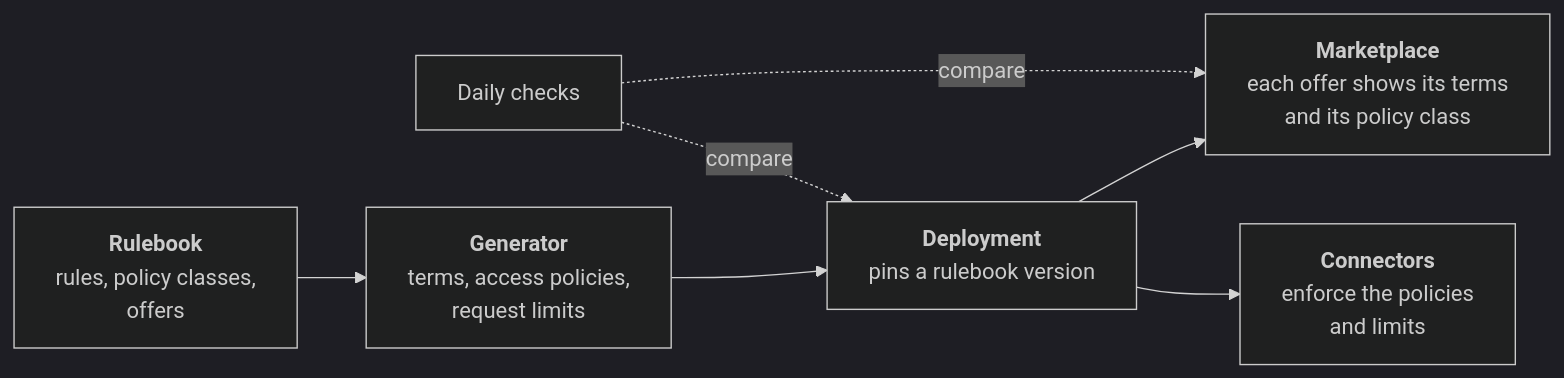
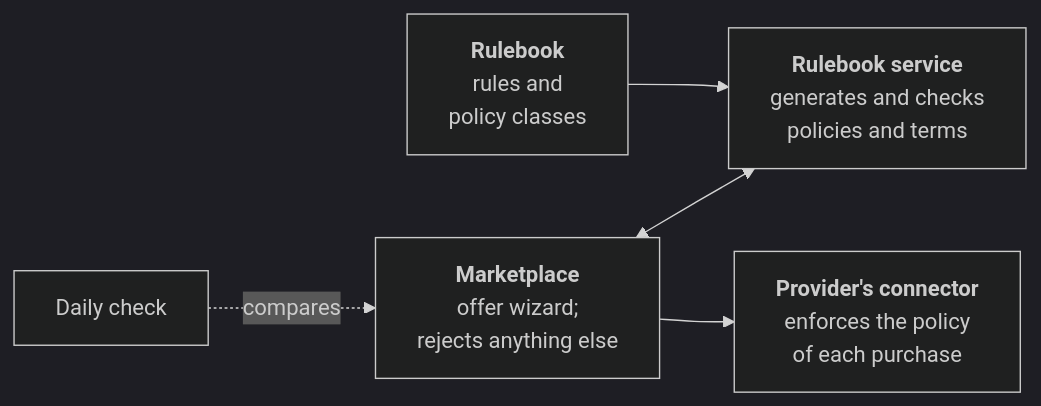
Before and after one commit to CitComAI-Hub/CitComAI-Hub.github.io: the diagram in docs/data_spaces/rulebook.md, drawn with Mermaid (dark theme). The commit also changed other lines of this file and 4 other files, not shown here.

First line of the commit message:
docs: publish offers from the marketplace with the offer wizard

````diff
--- a/docs/data_spaces/rulebook.md
+++ b/docs/data_spaces/rulebook.md
@@ -39,13 +39,11 @@
 ```mermaid
 flowchart LR
-    RB["<b>Rulebook</b><br/>rules, policy classes,<br/>offers"]
-    GEN["<b>Generator</b><br/>terms, access policies,<br/>request limits"]
-    DEP["<b>Deployment</b><br/>pins a rulebook version"]
-    MK["<b>Marketplace</b><br/>each offer shows its terms<br/>and its policy class"]
-    CON["<b>Connectors</b><br/>enforce the policies<br/>and limits"]
-    RB --> GEN --> DEP
-    DEP --> MK
-    DEP --> CON
-    CHK["Daily checks"] -. compare .-> DEP
-    CHK -. compare .-> MK
+    RB["<b>Rulebook</b><br/>rules and<br/>policy classes"]
+    SVC["<b>Rulebook service</b><br/>generates and checks<br/>policies and terms"]
+    WIZ["<b>Marketplace</b><br/>offer wizard;<br/>rejects anything else"]
+    CON["<b>Provider's connector</b><br/>enforces the policy<br/>of each purchase"]
+    RB --> SVC
+    WIZ <--> SVC
+    WIZ --> CON
+    CHK["Daily check"] -. compares .-> WIZ
 ```
````
